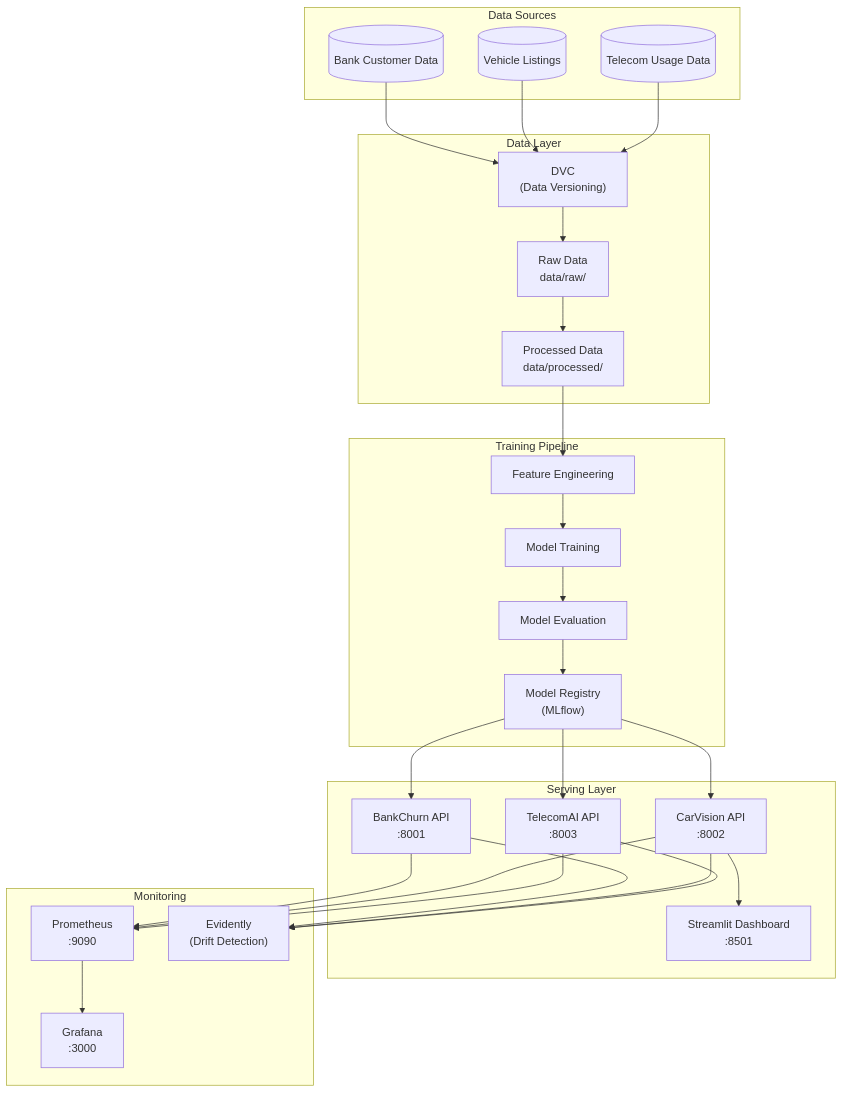
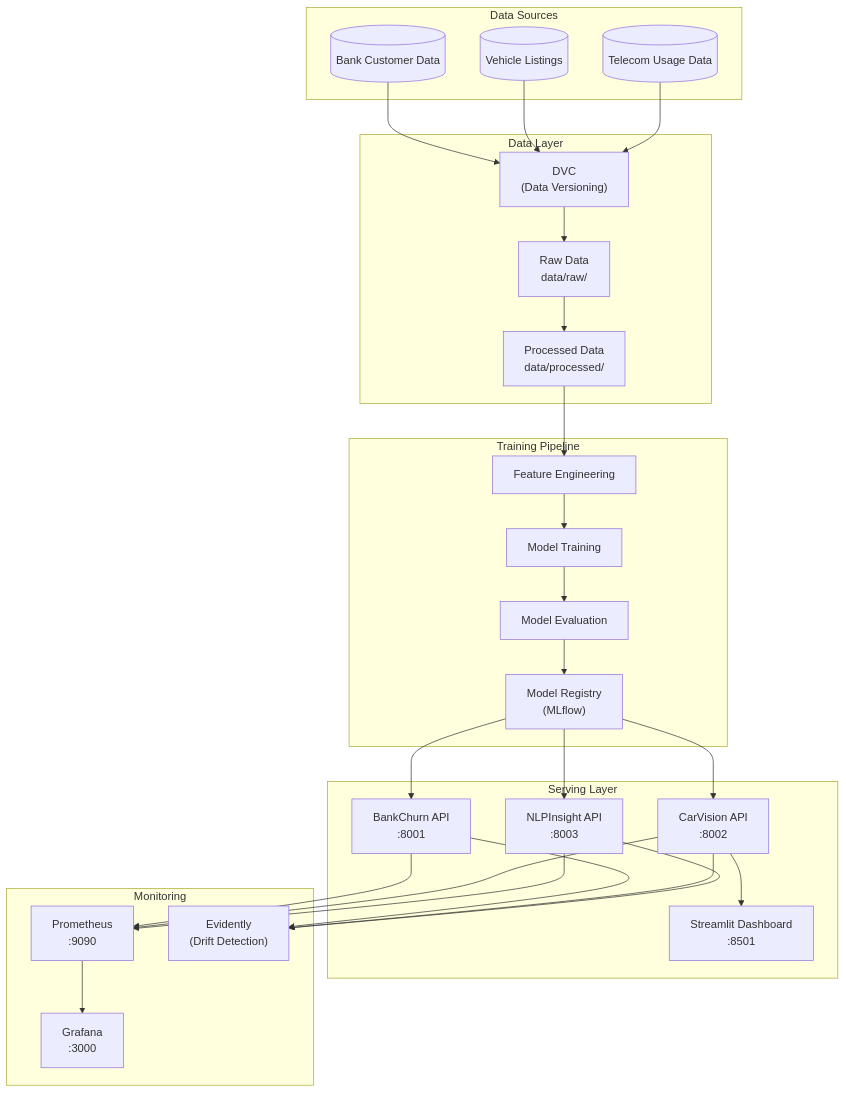
The first of 6 diagrams in docs/architecture/overview.md (DuqueOM/ML-MLOps-Portfolio), drawn with Mermaid before and after one commit. The commit also changed other lines of this file and 20 other files, not shown here.

First line of the commit message:
docs: rename TelecomAI → NLPInsight across all documentation

````diff
--- a/docs/architecture/overview.md
+++ b/docs/architecture/overview.md
@@ -7,55 +7,55 @@
 ```mermaid
 graph TB
     subgraph "Data Sources"
         DS1[("Bank Customer Data")]
         DS2[("Vehicle Listings")]
         DS3[("Telecom Usage Data")]
     end
 
     subgraph "Data Layer"
         DVC["DVC<br/>(Data Versioning)"]
         RAW["Raw Data<br/>data/raw/"]
         PROC["Processed Data<br/>data/processed/"]
     end
 
     subgraph "Training Pipeline"
         FE["Feature Engineering"]
         TRAIN["Model Training"]
         EVAL["Model Evaluation"]
         REG["Model Registry<br/>(MLflow)"]
     end
 
     subgraph "Serving Layer"
         API1["BankChurn API<br/>:8001"]
         API2["CarVision API<br/>:8002"]
-        API3["TelecomAI API<br/>:8003"]
+        API3["NLPInsight API<br/>:8003"]
         DASH["Streamlit Dashboard<br/>:8501"]
     end
 
     subgraph "Monitoring"
         PROM["Prometheus<br/>:9090"]
         GRAF["Grafana<br/>:3000"]
         EVID["Evidently<br/>(Drift Detection)"]
     end
 
     DS1 --> DVC
     DS2 --> DVC
     DS3 --> DVC
     DVC --> RAW
     RAW --> PROC
     PROC --> FE
     FE --> TRAIN
     TRAIN --> EVAL
     EVAL --> REG
     REG --> API1
     REG --> API2
     REG --> API3
     API2 --> DASH
     API1 --> PROM
     API2 --> PROM
     API3 --> PROM
     PROM --> GRAF
     API1 --> EVID
     API2 --> EVID
     API3 --> EVID
 ```
````
